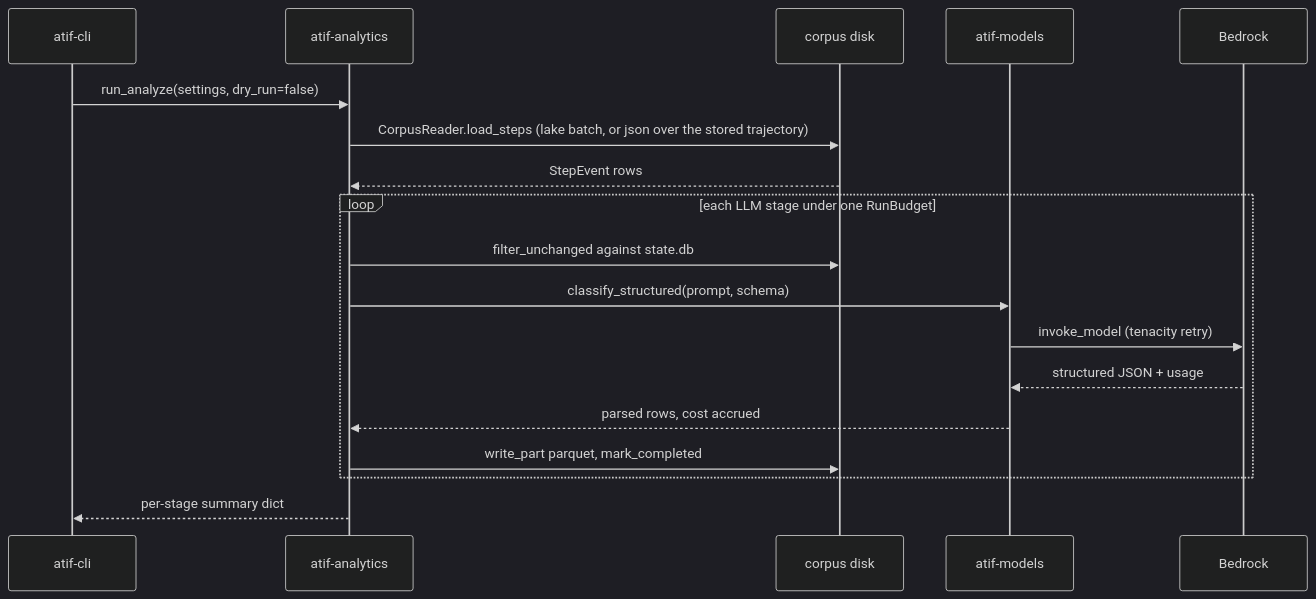
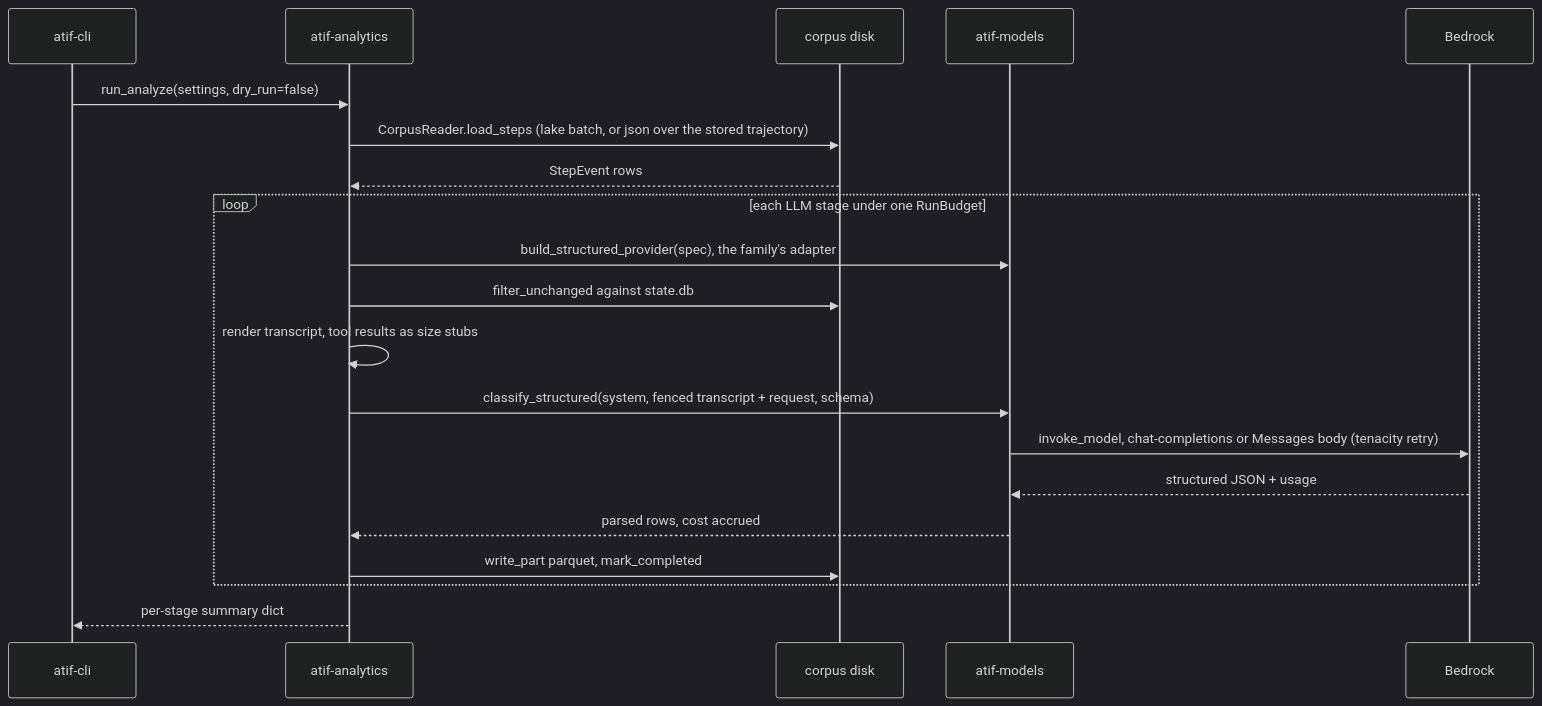
The third of 3 diagrams in docs/architecture/data-flow.md (laithalsaadoon/atif-sql), drawn with Mermaid (dark theme) before and after one commit. The commit also changed other lines of this file and 20 other files, not shown here.

First line of the commit message:
docs: describe both model families and the tool-result stub across the docs tree

````diff
--- a/docs/architecture/data-flow.md
+++ b/docs/architecture/data-flow.md
@@ -224,21 +239,23 @@
 ```mermaid
 sequenceDiagram
     participant CLI as atif-cli
     participant Ana as atif-analytics
     participant Disk as corpus disk
     participant Models as atif-models
     participant Bedrock as Bedrock
 
     CLI->>Ana: run_analyze(settings, dry_run=false)
     Ana->>Disk: CorpusReader.load_steps (lake batch, or json over the stored trajectory)
     Disk-->>Ana: StepEvent rows
     loop each LLM stage under one RunBudget
+        Ana->>Models: build_structured_provider(spec), the family's adapter
         Ana->>Disk: filter_unchanged against state.db
-        Ana->>Models: classify_structured(prompt, schema)
-        Models->>Bedrock: invoke_model (tenacity retry)
+        Ana->>Ana: render transcript, tool results as size stubs
+        Ana->>Models: classify_structured(system, fenced transcript + request, schema)
+        Models->>Bedrock: invoke_model, chat-completions or Messages body (tenacity retry)
         Bedrock-->>Models: structured JSON + usage
         Models-->>Ana: parsed rows, cost accrued
         Ana->>Disk: write_part parquet, mark_completed
     end
     Ana-->>CLI: per-stage summary dict
 ```
````
